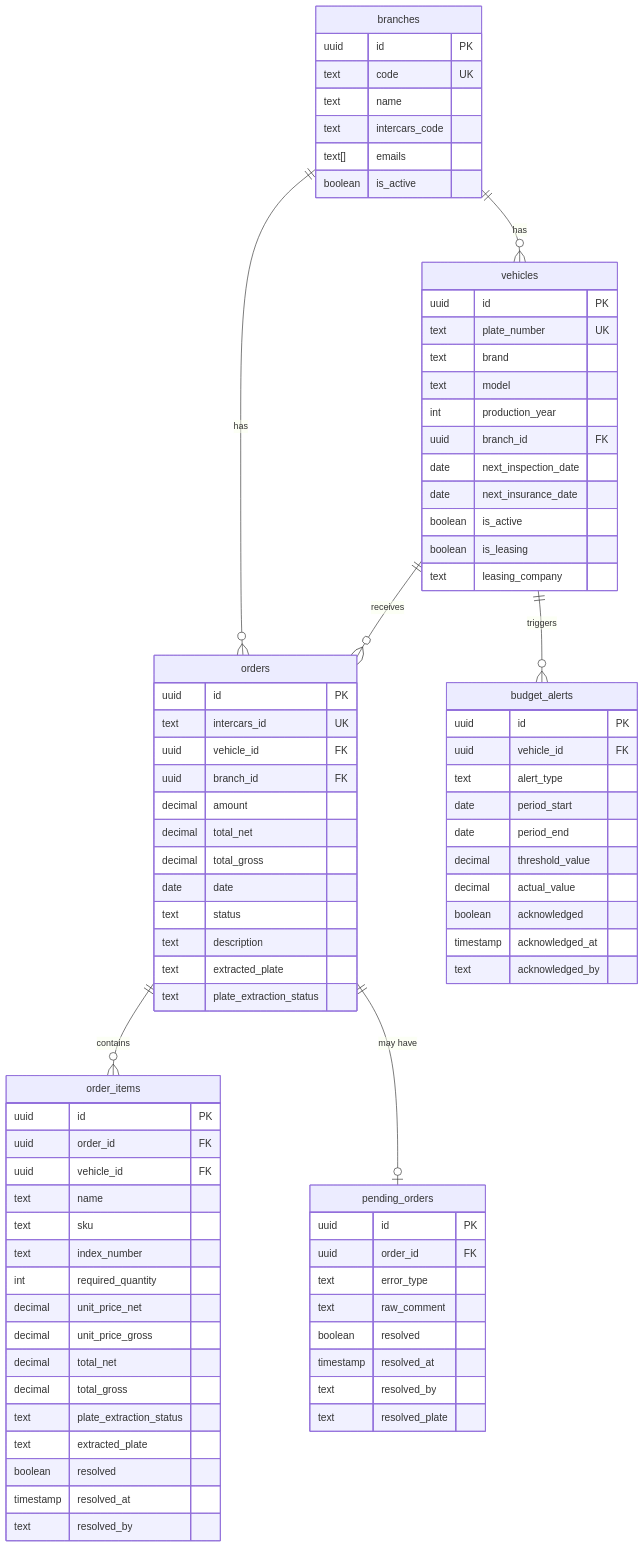
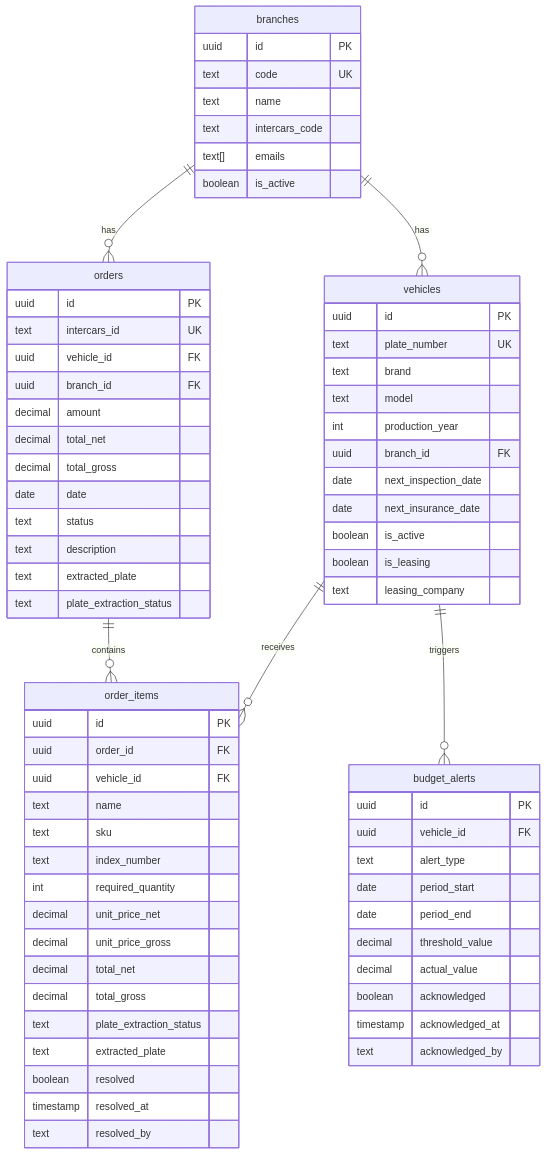
Before and after one commit to Fluinty/FleetManager: the second of 4 diagrams in SPECS.md, drawn with Mermaid. The commit also changed other lines of this file and 6 other files, not shown here.

```diff
--- a/SPECS.md
+++ b/SPECS.md
@@ -201,10 +207,9 @@
 erDiagram
     branches ||--o{ vehicles : "has"
     branches ||--o{ orders : "has"
-    vehicles ||--o{ orders : "receives"
+    vehicles ||--o{ order_items : "receives"
     vehicles ||--o{ budget_alerts : "triggers"
     orders ||--o{ order_items : "contains"
-    orders ||--o| pending_orders : "may have"
 
     branches {
         uuid id PK
@@ -263,16 +268,8 @@
         text resolved_by
     }
 
-    pending_orders {
-        uuid id PK
-        uuid order_id FK
-        text error_type
-        text raw_comment
-        boolean resolved
-        timestamp resolved_at
-        text resolved_by
-        text resolved_plate
-    }
+    %% Note: pending_orders is implemented as view 'unresolved_pending_orders'
+    %% Resolution tracking is done via order_items.resolved fields
 
     budget_alerts {
         uuid id PK
```
